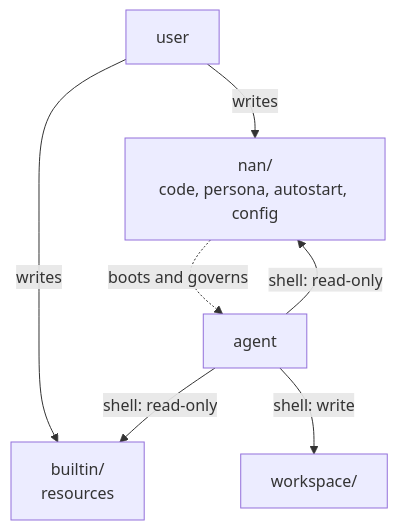
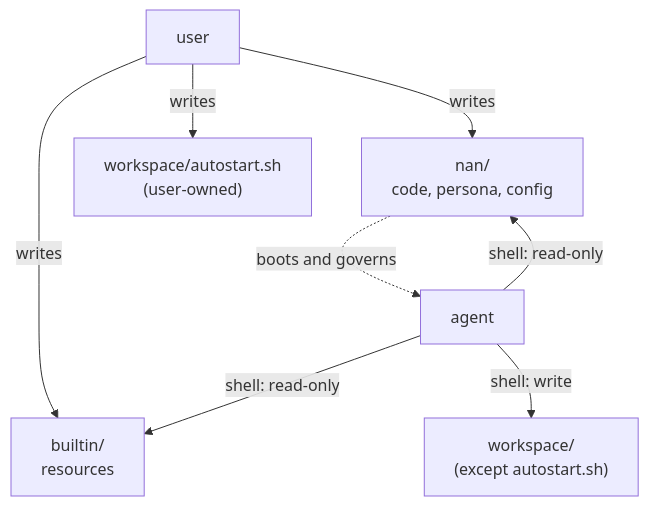
One commit to DarkSpaceY/NAN-itself changed the second of 2 diagrams in docs/for-contributors/principles.md. Above: the diagram before and after it, drawn with Mermaid. The commit also changed other lines of this file and 17 other files, not shown here.

First line of the commit message:
feat(app-layer): move autostart into workspace, add builtin skills, sync docs

````diff
--- a/docs/for-contributors/principles.md
+++ b/docs/for-contributors/principles.md
@@ -48,9 +48,10 @@
 ```mermaid
 flowchart TB
-    U["user"] -->|"writes"| CORE["nan/<br/>code, persona, autostart, config"]
+    U["user"] -->|"writes"| CORE["nan/<br/>code, persona, config"]
     U -->|"writes"| BI["builtin/<br/>resources"]
+    U -->|"writes"| AU["workspace/autostart.sh<br/>(user-owned)"]
     A["agent"] -->|"shell: read-only"| CORE
     A -->|"shell: read-only"| BI
-    A -->|"shell: write"| WS["workspace/"]
+    A -->|"shell: write"| WS["workspace/<br/>(except autostart.sh)"]
     CORE -.->|"boots and governs"| A
 ```
````
